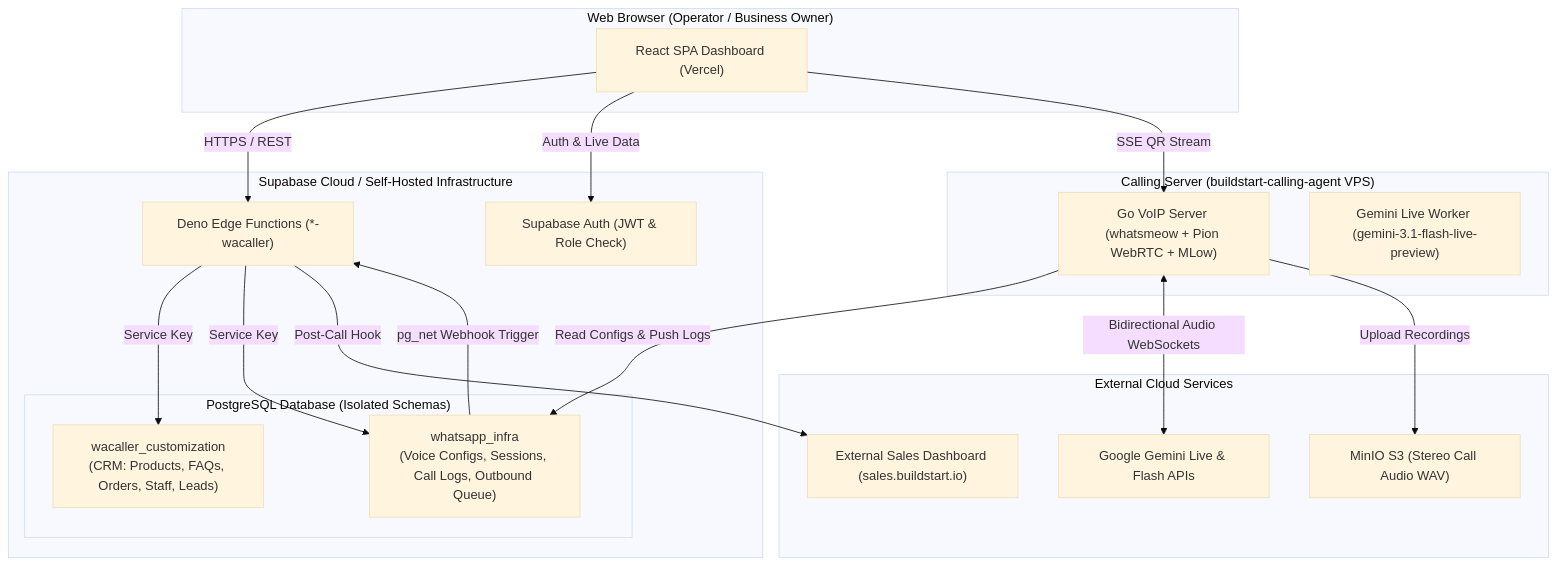
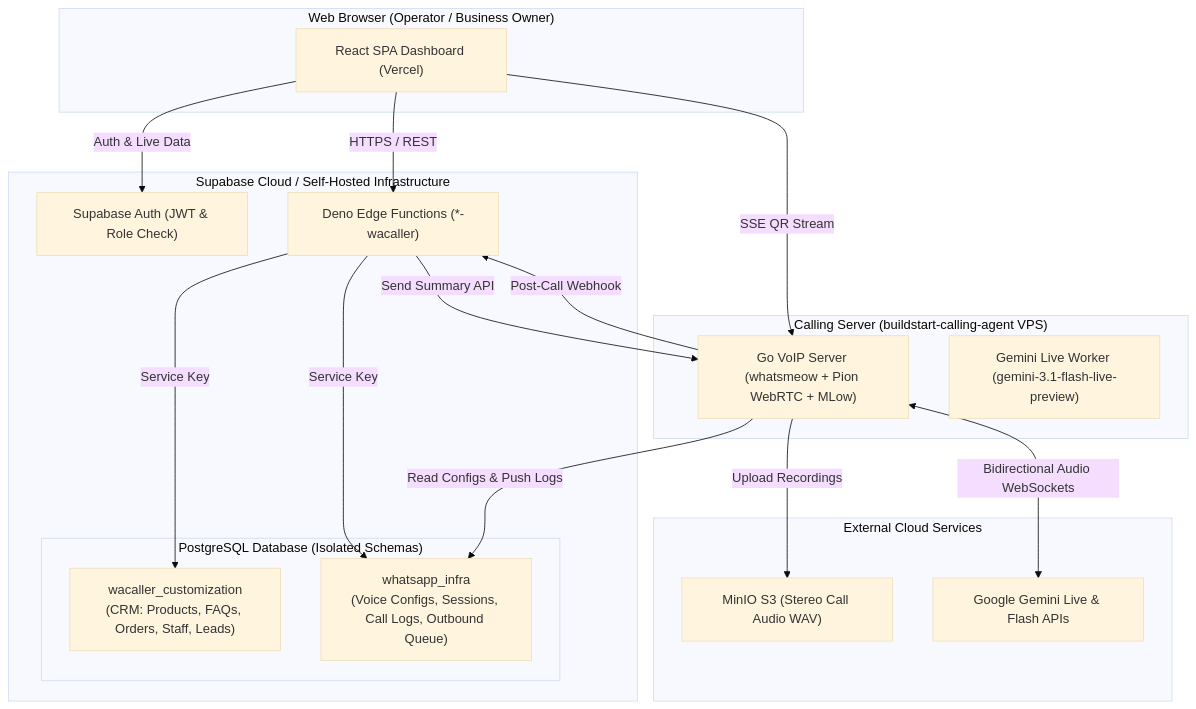
Before and after one commit to BuildStart-io/buildstart-wacaller: the first of 7 diagrams in ARCHITECTURE.md, drawn with Mermaid (base theme). The commit also changed other lines of this file and 8 other files, not shown here.

Commit message:
feat(wacaller): migrate local voice persona & post-call lead dossier from Go server; remove sales-sync-wacaller

````diff
--- a/ARCHITECTURE.md
+++ b/ARCHITECTURE.md
@@ -17,37 +17,36 @@
 ```mermaid
 flowchart TD
     subgraph Browser ["Web Browser (Operator / Business Owner)"]
         UI["React SPA Dashboard (Vercel)"]
     end
 
     subgraph SupabasePlatform ["Supabase Cloud / Self-Hosted Infrastructure"]
         Auth["Supabase Auth (JWT & Role Check)"]
         EdgeFns["Deno Edge Functions (*-wacaller)"]
         subgraph PostgreSQL ["PostgreSQL Database (Isolated Schemas)"]
             WACustom["wacaller_customization\n(CRM: Products, FAQs, Orders, Staff, Leads)"]
             WAInfra["whatsapp_infra\n(Voice Configs, Sessions, Call Logs, Outbound Queue)"]
         end
     end
 
     subgraph VoIPServer ["Calling Server (buildstart-calling-agent VPS)"]
         GoServer["Go VoIP Server (whatsmeow + Pion WebRTC + MLow)"]
         LiveWorker["Gemini Live Worker (gemini-3.1-flash-live-preview)"]
     end
 
     subgraph ExternalServices ["External Cloud Services"]
         MinIO["MinIO S3 (Stereo Call Audio WAV)"]
         GeminiAPI["Google Gemini Live & Flash APIs"]
-        SalesDash["External Sales Dashboard (sales.buildstart.io)"]
     end
 
     UI -->|HTTPS / REST| EdgeFns
     UI -->|Auth & Live Data| Auth
     EdgeFns -->|Service Key| WACustom
     EdgeFns -->|Service Key| WAInfra
     UI -->|SSE QR Stream| GoServer
     GoServer -->|Read Configs & Push Logs| WAInfra
     GoServer <-->|Bidirectional Audio WebSockets| GeminiAPI
     GoServer -->|Upload Recordings| MinIO
-    WAInfra -->|pg_net Webhook Trigger| EdgeFns
-    EdgeFns -->|Post-Call Hook| SalesDash
+    GoServer -->|Post-Call Webhook| EdgeFns
+    EdgeFns -->|Send Summary API| GoServer
 ```
````
